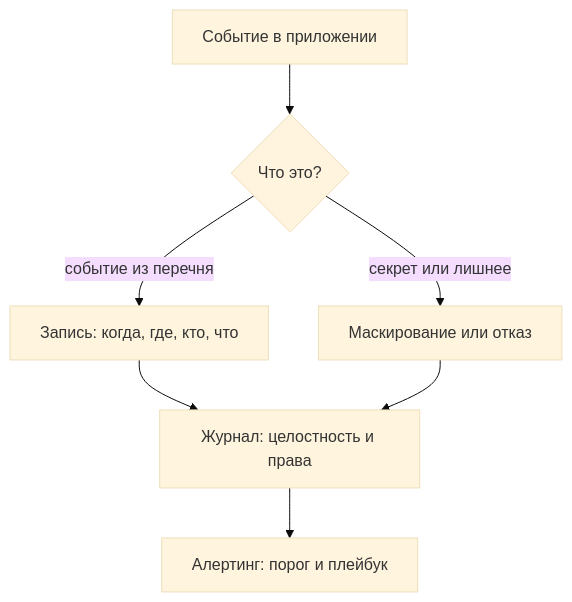
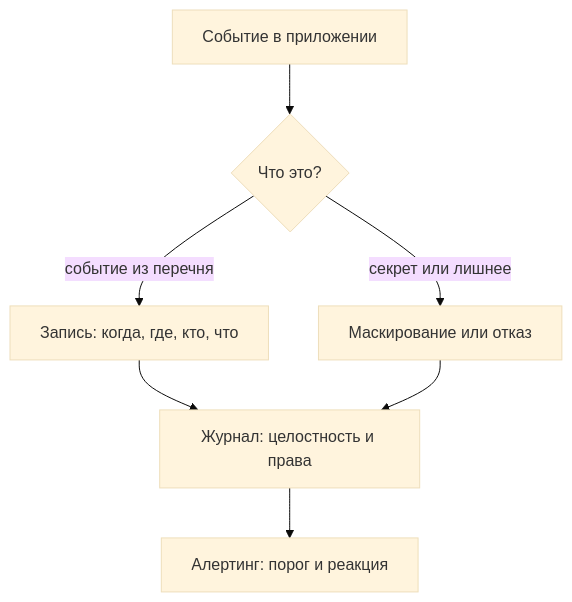
One commit to not-obfuscation/AppSec-guidebook changed the diagram in content/stage-5/security-logging.md. Above: the diagram before and after it, drawn with Mermaid (base theme). The commit also changed other lines of this file and 214 other files, not shown here.

````diff
--- a/content/stage-5/security-logging.md
+++ b/content/stage-5/security-logging.md
@@ -184,9 +182,9 @@
 ```mermaid
-flowchart TD
+flowchart TB
     A[Событие в приложении] --> B{Что это?}
     B -- событие из перечня --> C[Запись: когда, где, кто, что]
     B -- секрет или лишнее --> D[Маскирование или отказ]
     C --> E[Журнал: целостность и права]
     D --> E
-    E --> F[Алертинг: порог и плейбук]
+    E --> F[Алертинг: порог и реакция]
 ```
````
